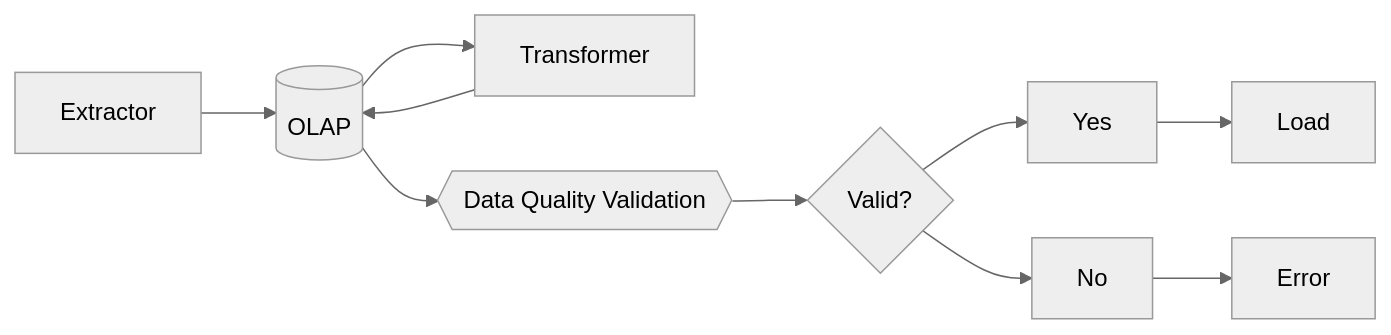
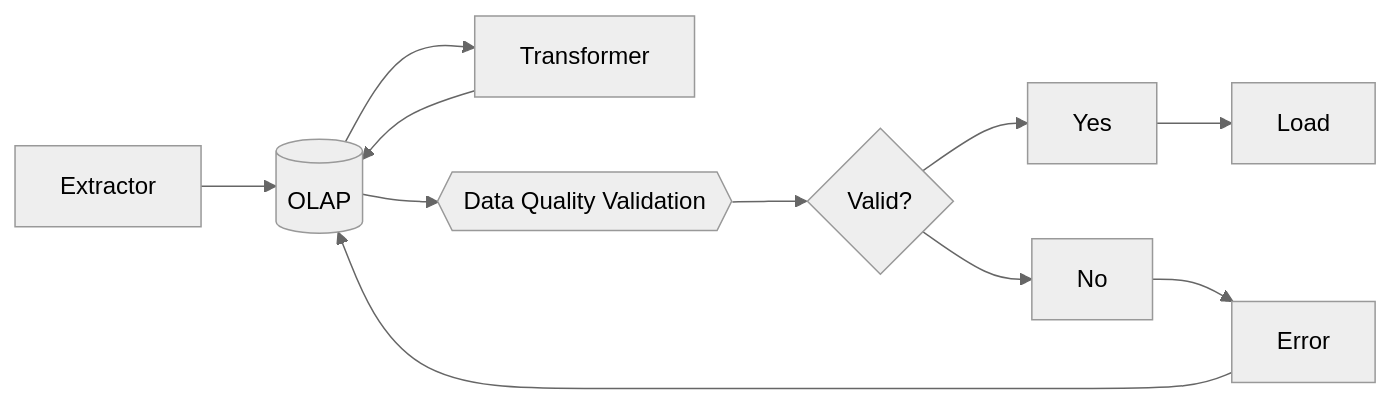
One commit to GuttoF/dq-sus changed the diagram in docs/diagrams/DQ_DIAGRAM.md. Above: the diagram before and after it, drawn with Mermaid. The commit also changed 18 other files, not shown here.

````diff
--- a/docs/diagrams/DQ_DIAGRAM.md
+++ b/docs/diagrams/DQ_DIAGRAM.md
@@ -3,18 +3,18 @@
 ```mermaid
 %%{init: {"themeVariables": {"fontFamily": "Times New Roman, Times, serif"}}}%%
 %%{init: {'theme':'neutral'}}%%
 graph LR
 %%Subgraph1[API e CLI]
 %%CLI[Command Line Interface] --> Extractor
 
 
     Extractor --> DuckDB[(OLAP)]
     DuckDB --> Transformer[Transformer]
     Transformer --> DuckDB[(OLAP)]
     DuckDB --> Pandera{{Data Quality Validation}}
     Pandera --> OK{Valid?}
     OK --> Yes --> Load
-    OK --> No --> Error
+    OK --> No --> Error --> DuckDB
 
 
 ```
````
